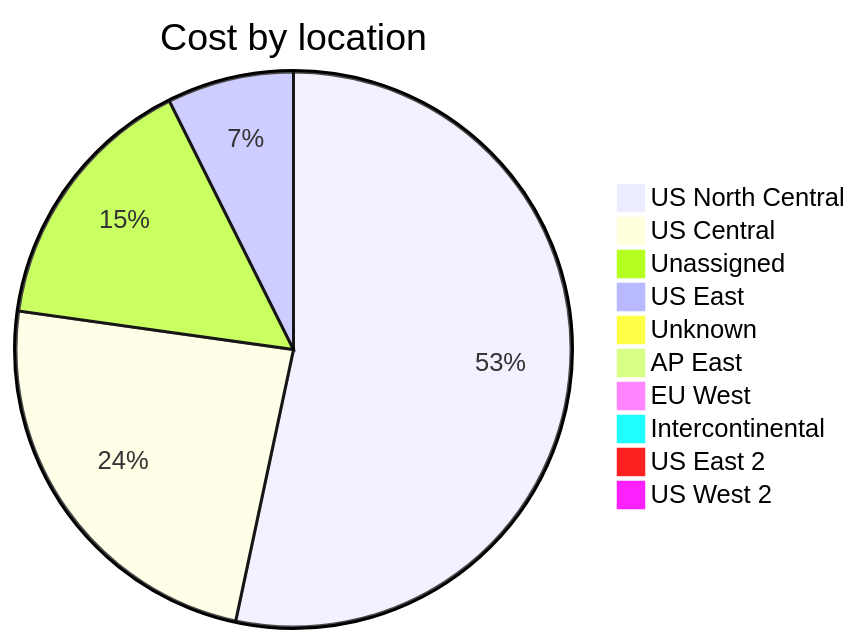
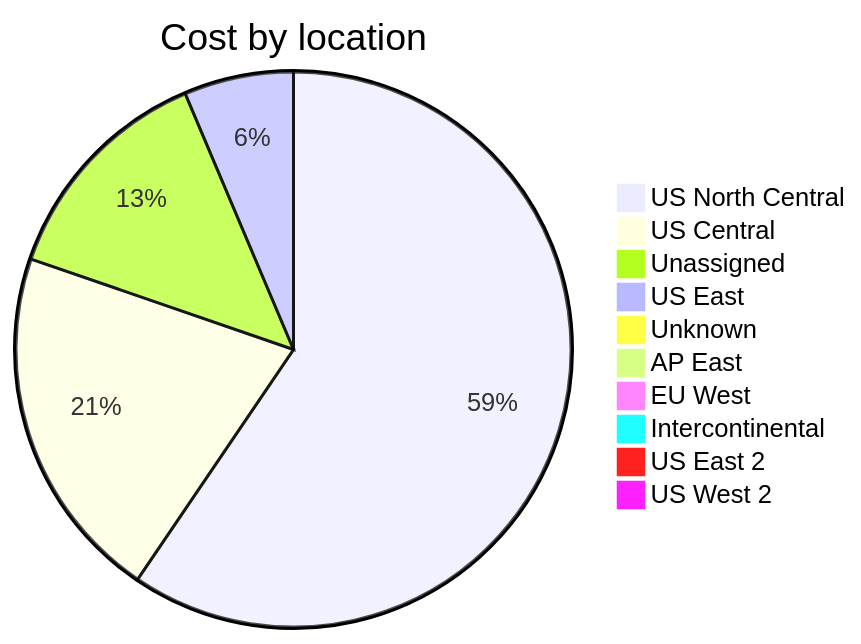
The third of 4 diagrams in cost-reports/accumulated-cost.md (jpfulton/azure-personal-reports), drawn with Mermaid before and after one commit. The commit also changed other lines of this file and 2 other files, not shown here.

````diff
--- a/cost-reports/accumulated-cost.md
+++ b/cost-reports/accumulated-cost.md
@@ -132,14 +132,14 @@
 ```mermaid
 pie
    title Cost by location
-   "US North Central" : 39.86
-   "US Central" : 17.84
-   "Unassigned" : 11.52
+   "US North Central" : 51.44
+   "US Central" : 17.99
+   "Unassigned" : 11.54
    "US East" : 5.51
-   "Unknown" : 0.58
+   "Unknown" : 0.59
    "AP East" : 0.00
    "EU West" : 0.00
    "Intercontinental" : 0.00
    "US East 2" : 0.00
    "US West 2" : 0.00
 ```
````
